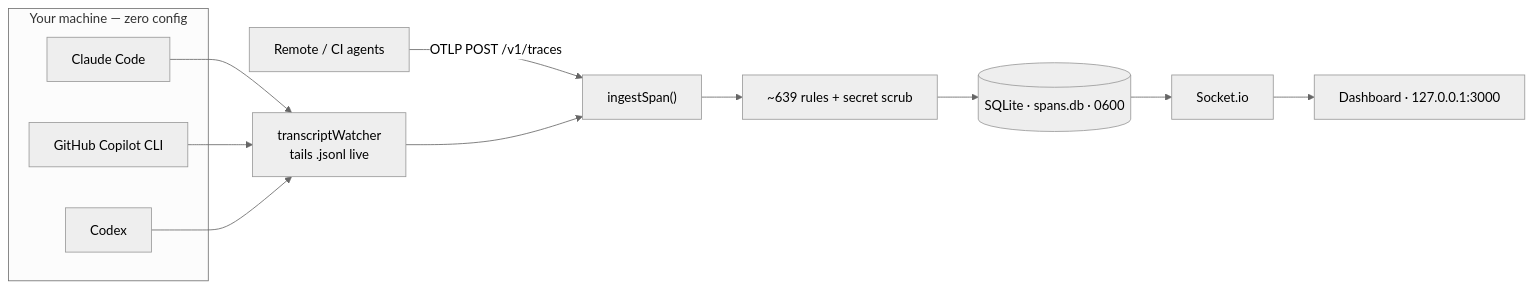
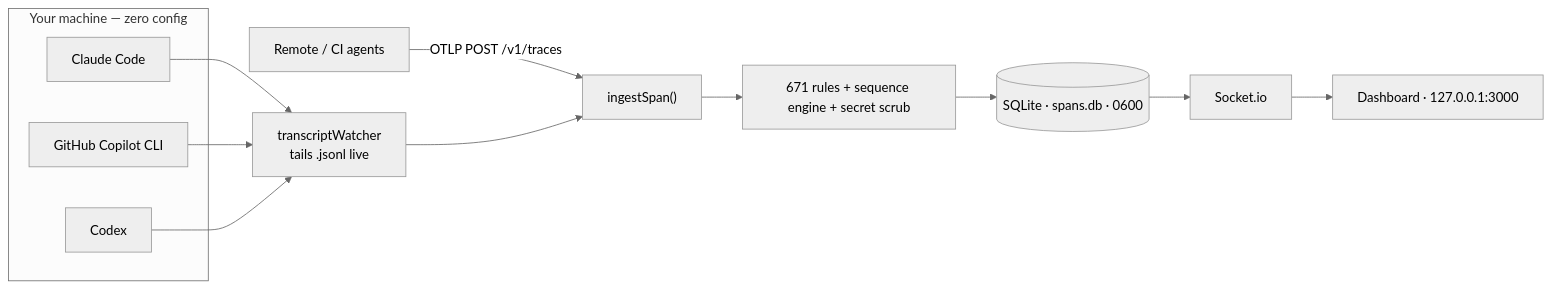
The diagram in docs/index.mdx (aanjaneyasinghdhoni/ClaudeSec), drawn with Mermaid (neutral theme) before and after one commit. The commit also changed other lines of this file and 7 other files, not shown here.

````diff
--- a/docs/index.mdx
+++ b/docs/index.mdx
@@ -79,17 +80,17 @@
 ```mermaid
 flowchart LR
     subgraph machine["Your machine — zero config"]
         CC["Claude Code"]
         CP["GitHub Copilot CLI"]
         CX["Codex"]
     end
     CC --> W["transcriptWatcher<br/>tails .jsonl live"]
     CP --> W
     CX --> W
     REMOTE["Remote / CI agents"] -->|"OTLP POST /v1/traces"| ING
     W --> ING["ingestSpan()"]
-    ING --> RULES["~639 rules + secret scrub"]
+    ING --> RULES["671 rules + sequence engine + secret scrub"]
     RULES --> DB[("SQLite · spans.db · 0600")]
     DB --> IO["Socket.io"]
     IO --> UI["Dashboard · 127.0.0.1:3000"]
 ```
````
